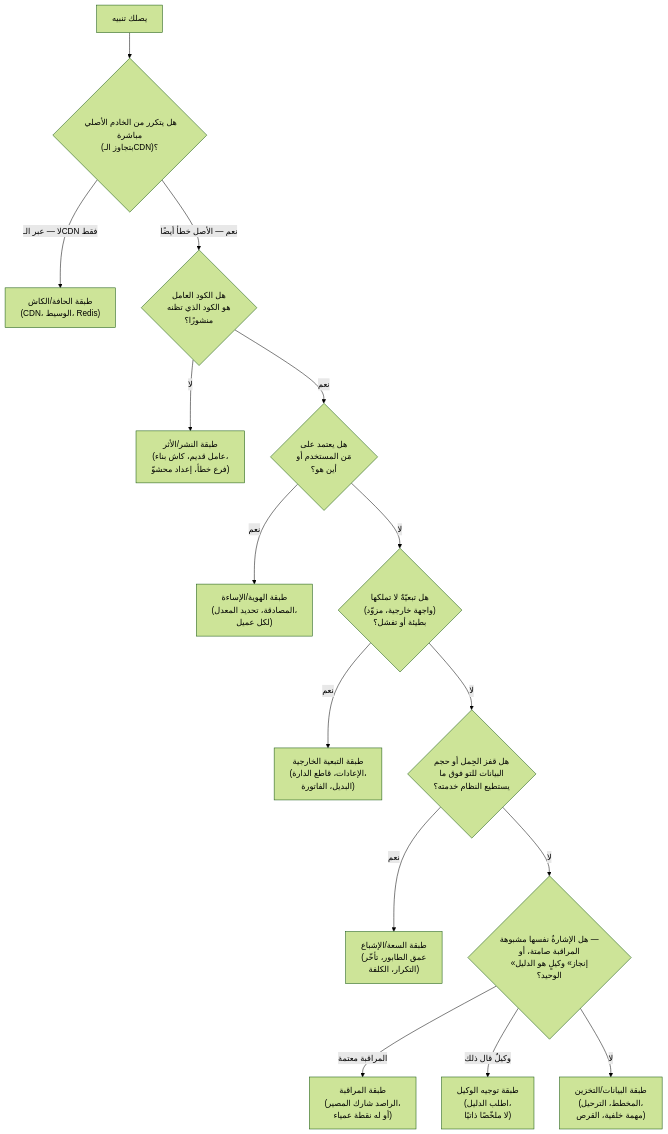
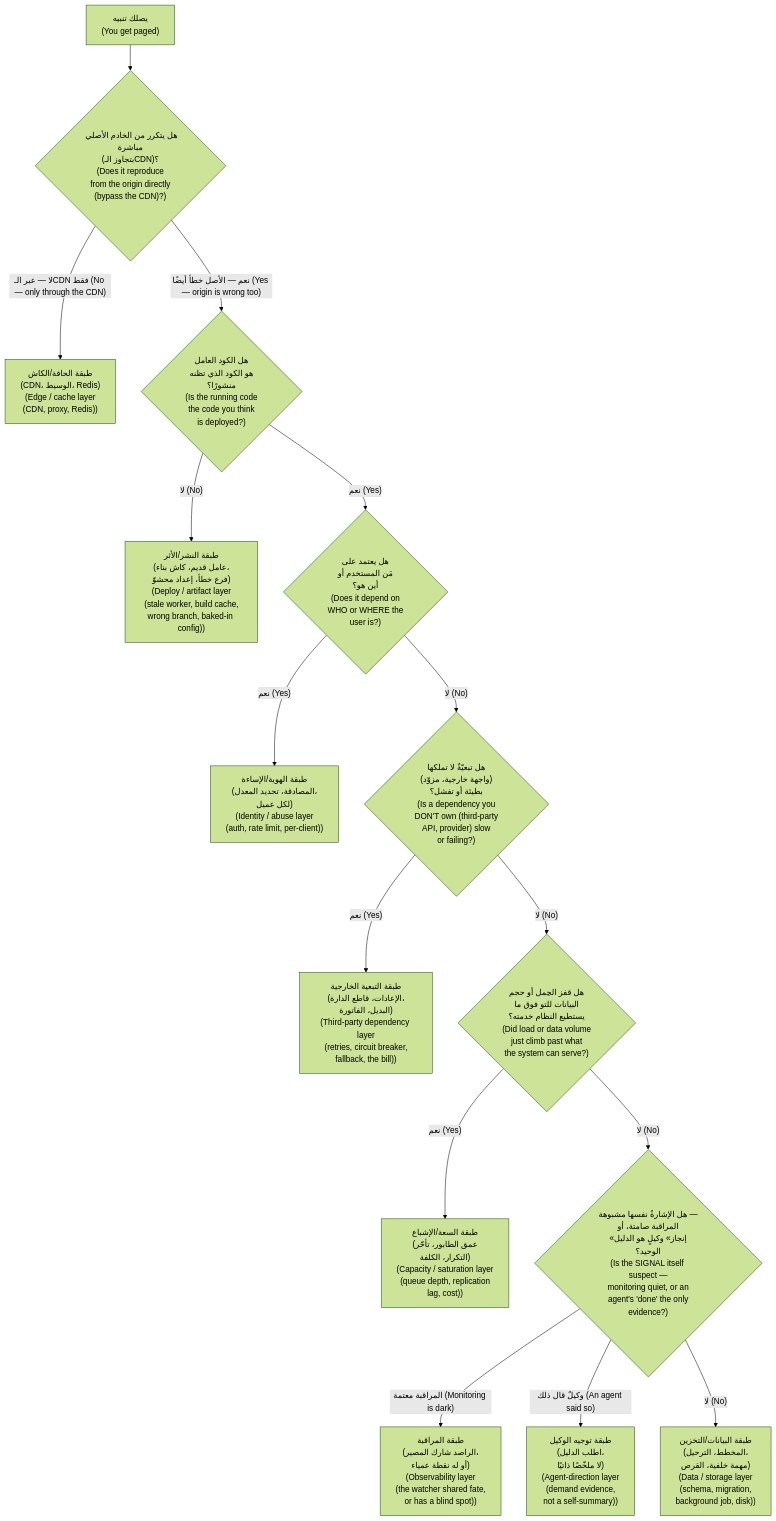
The first of 2 diagrams in modules/12-capstone/module.ar.md (Tamoura/system-design-for-vibe-coders), drawn with Mermaid (forest theme) before and after one commit. The commit also changed other lines of this file and 62 other files, not shown here.

First line of the commit message:
Arabic editions: English on every diagram label, RTL fixes, rebuild

````diff
--- a/modules/12-capstone/module.ar.md
+++ b/modules/12-capstone/module.ar.md
@@ -25,17 +25,17 @@
 ```mermaid
 flowchart TD
-    P["يصلك تنبيه"] --> Q0{"هل يتكرر من الخادم الأصلي مباشرة<br/>(بتجاوز الـCDN)؟"}
-    Q0 -->|"لا — عبر الـCDN فقط"| EDGE["طبقة الحافة/الكاش<br/>(CDN، الوسيط، Redis)"]
-    Q0 -->|"نعم — الأصل خطأ أيضًا"| Q1{"هل الكود العامل<br/>هو الكود الذي تظنه<br/>منشورًا؟"}
-    Q1 -->|"لا"| DEPLOY["طبقة النشر/الأثر<br/>(عامل قديم، كاش بناء،<br/>فرع خطأ، إعداد محشوّ)"]
-    Q1 -->|"نعم"| Q2{"هل يعتمد على<br/>مَن المستخدم أو<br/>أين هو؟"}
-    Q2 -->|"نعم"| IDENT["طبقة الهوية/الإساءة<br/>(المصادقة، تحديد المعدل،<br/>لكل عميل)"]
-    Q2 -->|"لا"| Q3{"هل تبعيّةٌ لا تملكها<br/>(واجهة خارجية، مزوّد)<br/>بطيئة أو تفشل؟"}
-    Q3 -->|"نعم"| THIRD["طبقة التبعية الخارجية<br/>(الإعادات، قاطع الدارة،<br/>البديل، الفاتورة)"]
-    Q3 -->|"لا"| Q4{"هل قفز الحِمل أو حجم<br/>البيانات للتو فوق ما<br/>يستطيع النظام خدمته؟"}
-    Q4 -->|"نعم"| CAP["طبقة السعة/الإشباع<br/>(عمق الطابور، تأخّر<br/>التكرار، الكلفة)"]
-    Q4 -->|"لا"| Q5{"هل الإشارةُ نفسها مشبوهة —<br/>المراقبة صامتة، أو<br/>«إنجاز» وكيلٍ هو الدليل<br/>الوحيد؟"}
-    Q5 -->|"المراقبة معتمة"| BLIND["طبقة المراقبة<br/>(الراصد شارك المصير،<br/>أو له نقطة عمياء)"]
-    Q5 -->|"وكيلٌ قال ذلك"| AGENT["طبقة توجيه الوكيل<br/>(اطلب الدليل،<br/>لا ملخّصًا ذاتيًا)"]
-    Q5 -->|"لا"| DATA["طبقة البيانات/التخزين<br/>(المخطط، الترحيل،<br/>مهمة خلفية، القرص)"]
+    P["يصلك تنبيه<br/>(You get paged)"] --> Q0{"هل يتكرر من الخادم الأصلي مباشرة<br/>(بتجاوز الـCDN)؟<br/>(Does it reproduce<br/>from the origin directly<br/>(bypass the CDN)?)"}
+    Q0 -->|"لا — عبر الـCDN فقط (No — only through the CDN)"| EDGE["طبقة الحافة/الكاش<br/>(CDN، الوسيط، Redis)<br/>(Edge / cache layer<br/>(CDN, proxy, Redis))"]
+    Q0 -->|"نعم — الأصل خطأ أيضًا (Yes — origin is wrong too)"| Q1{"هل الكود العامل<br/>هو الكود الذي تظنه<br/>منشورًا؟<br/>(Is the running code<br/>the code you think<br/>is deployed?)"}
+    Q1 -->|"لا (No)"| DEPLOY["طبقة النشر/الأثر<br/>(عامل قديم، كاش بناء،<br/>فرع خطأ، إعداد محشوّ)<br/>(Deploy / artifact layer<br/>(stale worker, build cache,<br/>wrong branch, baked-in config))"]
+    Q1 -->|"نعم (Yes)"| Q2{"هل يعتمد على<br/>مَن المستخدم أو<br/>أين هو؟<br/>(Does it depend on<br/>WHO or WHERE the<br/>user is?)"}
+    Q2 -->|"نعم (Yes)"| IDENT["طبقة الهوية/الإساءة<br/>(المصادقة، تحديد المعدل،<br/>لكل عميل)<br/>(Identity / abuse layer<br/>(auth, rate limit, per-client))"]
+    Q2 -->|"لا (No)"| Q3{"هل تبعيّةٌ لا تملكها<br/>(واجهة خارجية، مزوّد)<br/>بطيئة أو تفشل؟<br/>(Is a dependency you<br/>DON'T own (third-party<br/>API, provider) slow<br/>or failing?)"}
+    Q3 -->|"نعم (Yes)"| THIRD["طبقة التبعية الخارجية<br/>(الإعادات، قاطع الدارة،<br/>البديل، الفاتورة)<br/>(Third-party dependency layer<br/>(retries, circuit breaker,<br/>fallback, the bill))"]
+    Q3 -->|"لا (No)"| Q4{"هل قفز الحِمل أو حجم<br/>البيانات للتو فوق ما<br/>يستطيع النظام خدمته؟<br/>(Did load or data volume<br/>just climb past what<br/>the system can serve?)"}
+    Q4 -->|"نعم (Yes)"| CAP["طبقة السعة/الإشباع<br/>(عمق الطابور، تأخّر<br/>التكرار، الكلفة)<br/>(Capacity / saturation layer<br/>(queue depth, replication<br/>lag, cost))"]
+    Q4 -->|"لا (No)"| Q5{"هل الإشارةُ نفسها مشبوهة —<br/>المراقبة صامتة، أو<br/>«إنجاز» وكيلٍ هو الدليل<br/>الوحيد؟<br/>(Is the SIGNAL itself suspect —<br/>monitoring quiet, or an<br/>agent's 'done' the only<br/>evidence?)"}
+    Q5 -->|"المراقبة معتمة (Monitoring is dark)"| BLIND["طبقة المراقبة<br/>(الراصد شارك المصير،<br/>أو له نقطة عمياء)<br/>(Observability layer<br/>(the watcher shared fate,<br/>or has a blind spot))"]
+    Q5 -->|"وكيلٌ قال ذلك (An agent said so)"| AGENT["طبقة توجيه الوكيل<br/>(اطلب الدليل،<br/>لا ملخّصًا ذاتيًا)<br/>(Agent-direction layer<br/>(demand evidence,<br/>not a self-summary))"]
+    Q5 -->|"لا (No)"| DATA["طبقة البيانات/التخزين<br/>(المخطط، الترحيل،<br/>مهمة خلفية، القرص)<br/>(Data / storage layer<br/>(schema, migration,<br/>background job, disk))"]
 ```
````
